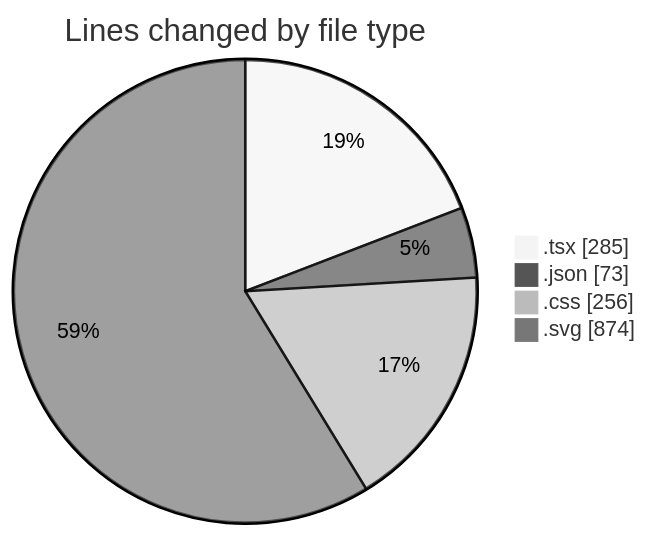
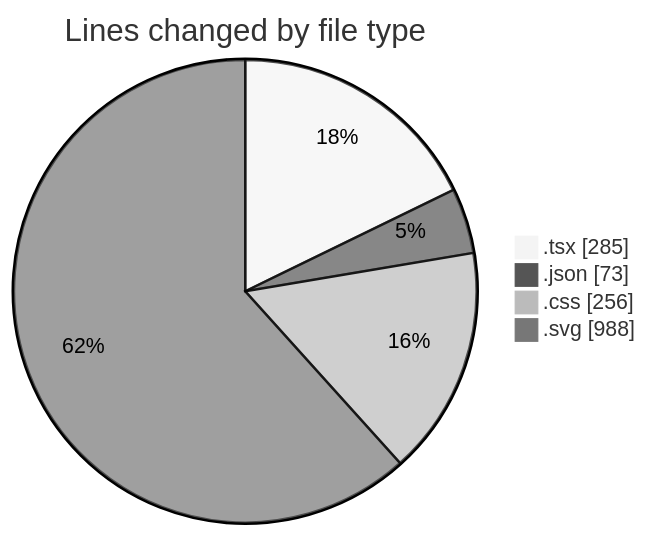
Before and after one commit to EIIisD/code-tracking: the first of 2 diagrams in 2025-08-05/tw-server/README.md, drawn with Mermaid (neutral theme). The commit also changed other lines of this file and 1 other file, not shown here.

````diff
--- a/2025-08-05/tw-server/README.md
+++ b/2025-08-05/tw-server/README.md
@@ -30,8 +30,8 @@
 ```mermaid
 pie showData
 title Lines changed by file type
 ".tsx" : 285
 ".json" : 73
 ".css" : 256
-".svg" : 874
+".svg" : 988
 ```
````
